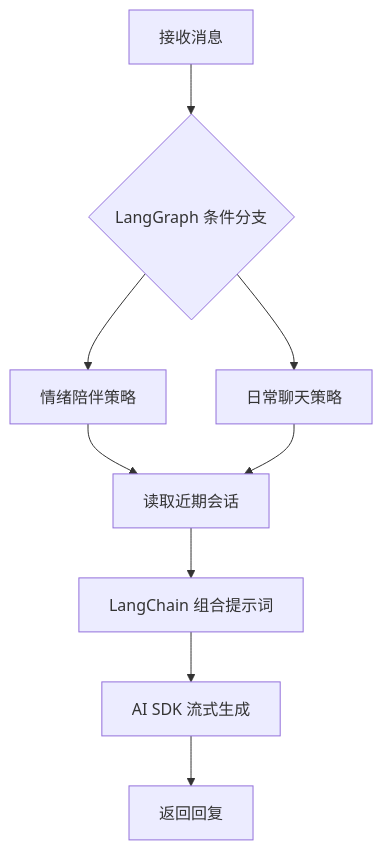
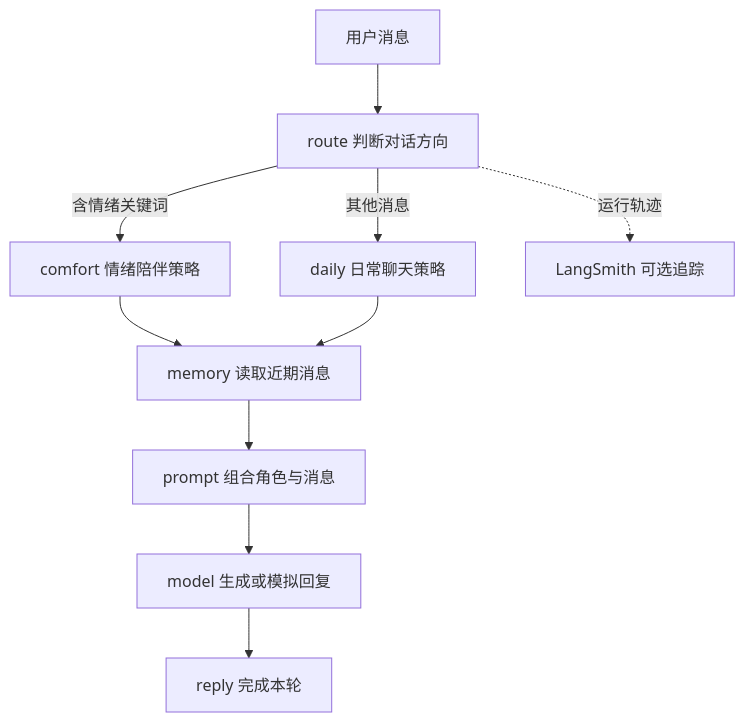
One commit to KRISACHAN/ying-practice changed the diagram in KRISIN2026/ai-agent-demo/agent-stack-web/README.md. Above: the diagram before and after it, drawn with Mermaid. The commit also changed other lines of this file and 41 other files, not shown here.

````diff
--- a/KRISIN2026/ai-agent-demo/agent-stack-web/README.md
+++ b/KRISIN2026/ai-agent-demo/agent-stack-web/README.md
@@ -27,11 +11,12 @@
 ```mermaid
 flowchart TD
-  receive[接收消息] --> route{LangGraph 条件分支}
-  route --> comfort[情绪陪伴策略]
-  route --> daily[日常聊天策略]
-  comfort --> memory[读取近期会话]
-  daily --> memory
-  memory --> prompt[LangChain 组合提示词]
-  prompt --> model[AI SDK 流式生成]
-  model --> reply[返回回复]
+  Q[用户消息] --> R[route 判断对话方向]
+  R -->|含情绪关键词| C[comfort 情绪陪伴策略]
+  R -->|其他消息| D[daily 日常聊天策略]
+  C --> M[memory 读取近期消息]
+  D --> M
+  M --> P[prompt 组合角色与消息]
+  P --> G[model 生成或模拟回复]
+  G --> A[reply 完成本轮]
+  R -. 运行轨迹 .-> S[LangSmith 可选追踪]
 ```
````
